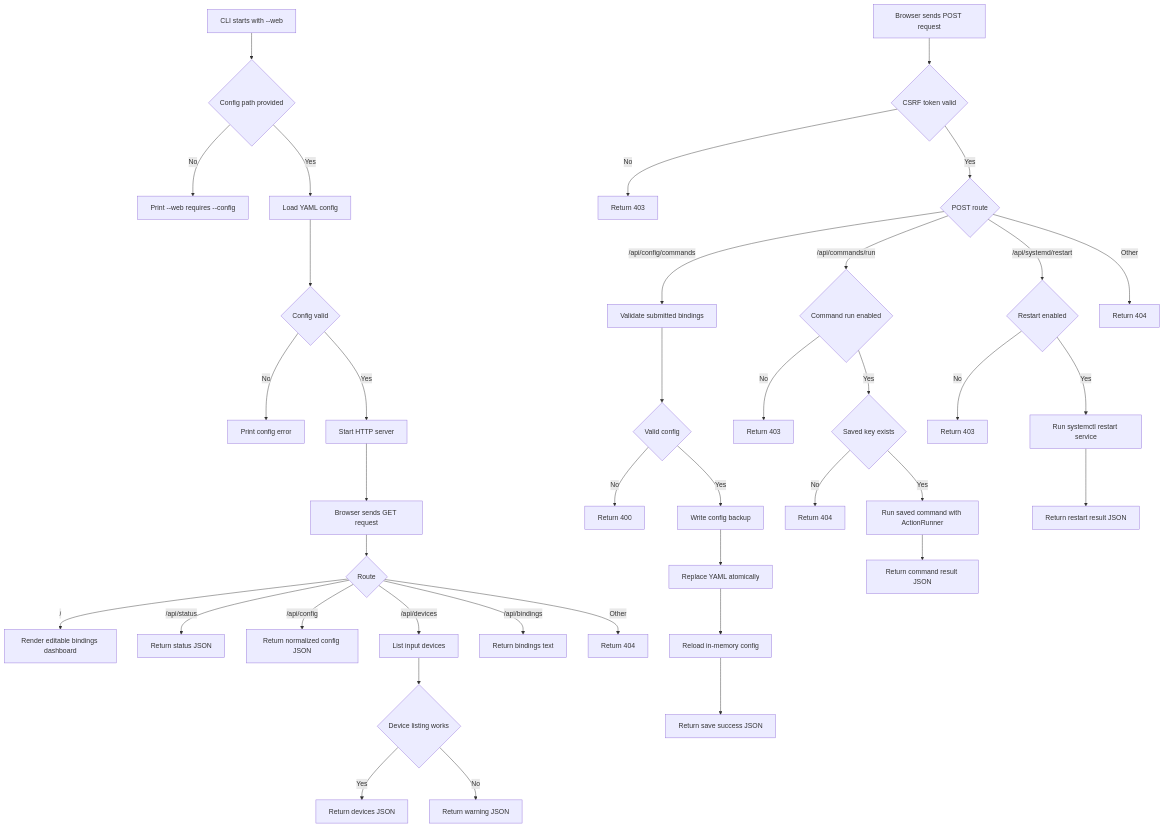
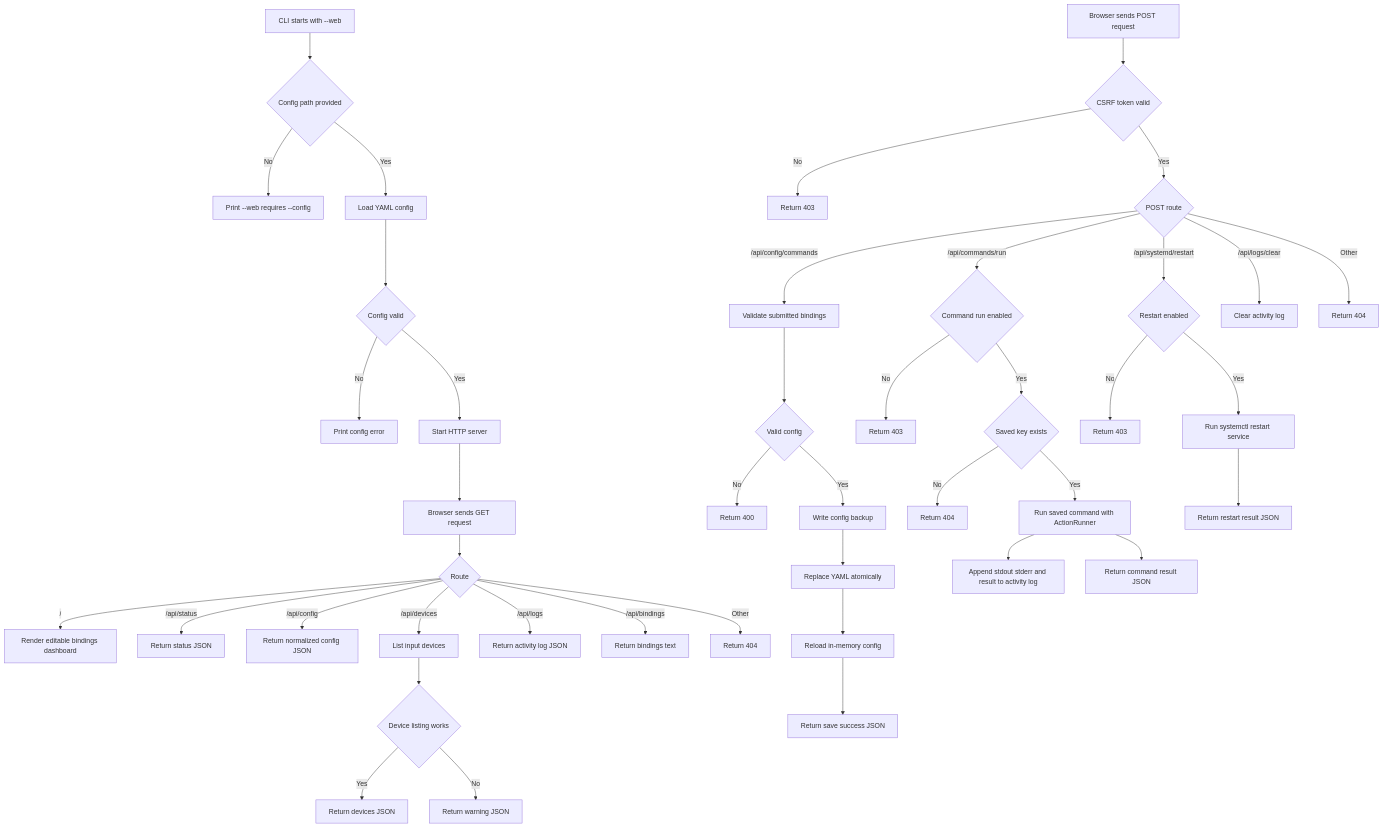
One commit to shaposhnikoff/Raspberry_Ham_Keypad changed the diagram in docs/diagrams/web-interface-flow.md. Above: the diagram before and after it, drawn with Mermaid. The commit also changed 3 other files, not shown here.

Commit message:
feat: add web activity log

````diff
--- a/docs/diagrams/web-interface-flow.md
+++ b/docs/diagrams/web-interface-flow.md
@@ -3,44 +3,47 @@
 ```mermaid
 flowchart TD
     Start[CLI starts with --web] --> NeedConfig{Config path provided}
     NeedConfig -->|No| ConfigError[Print --web requires --config]
     NeedConfig -->|Yes| LoadConfig[Load YAML config]
     LoadConfig --> ValidConfig{Config valid}
     ValidConfig -->|No| PrintError[Print config error]
     ValidConfig -->|Yes| StartServer[Start HTTP server]
     StartServer --> Request[Browser sends GET request]
     Request --> Route{Route}
     Route -->|/| Dashboard[Render editable bindings dashboard]
     Route -->|/api/status| Status[Return status JSON]
     Route -->|/api/config| Config[Return normalized config JSON]
     Route -->|/api/devices| Devices[List input devices]
+    Route -->|/api/logs| Logs[Return activity log JSON]
     Devices --> DeviceOk{Device listing works}
     DeviceOk -->|Yes| DeviceJson[Return devices JSON]
     DeviceOk -->|No| DeviceWarning[Return warning JSON]
     Route -->|/api/bindings| Bindings[Return bindings text]
     Route -->|Other| NotFound[Return 404]
 
     BrowserPost[Browser sends POST request] --> Csrf{CSRF token valid}
     Csrf -->|No| Forbidden[Return 403]
     Csrf -->|Yes| PostRoute{POST route}
     PostRoute -->|/api/config/commands| ValidateBindings[Validate submitted bindings]
     ValidateBindings --> ValidBindings{Valid config}
     ValidBindings -->|No| SaveRejected[Return 400]
     ValidBindings -->|Yes| Backup[Write config backup]
     Backup --> AtomicWrite[Replace YAML atomically]
     AtomicWrite --> ReloadConfig[Reload in-memory config]
     ReloadConfig --> SaveOk[Return save success JSON]
 
     PostRoute -->|/api/commands/run| RunAllowed{Command run enabled}
     RunAllowed -->|No| RunForbidden[Return 403]
     RunAllowed -->|Yes| FindCommand{Saved key exists}
     FindCommand -->|No| RunNotFound[Return 404]
     FindCommand -->|Yes| RunCommand[Run saved command with ActionRunner]
+    RunCommand --> LogRun[Append stdout stderr and result to activity log]
     RunCommand --> RunResult[Return command result JSON]
 
     PostRoute -->|/api/systemd/restart| RestartAllowed{Restart enabled}
     RestartAllowed -->|No| RestartForbidden[Return 403]
     RestartAllowed -->|Yes| RestartService[Run systemctl restart service]
     RestartService --> RestartResult[Return restart result JSON]
+    PostRoute -->|/api/logs/clear| ClearLogs[Clear activity log]
     PostRoute -->|Other| PostNotFound[Return 404]
 ```
````
